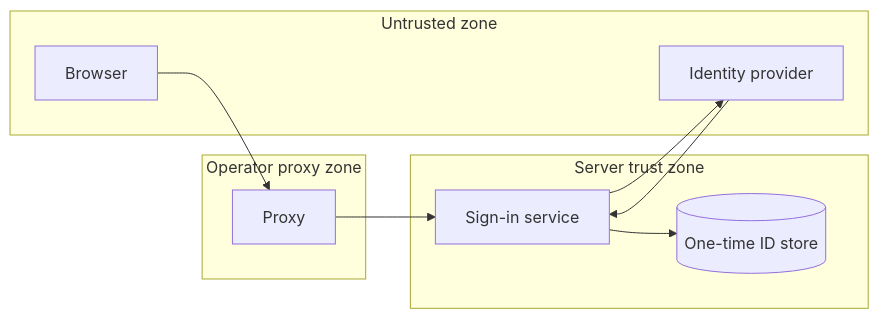
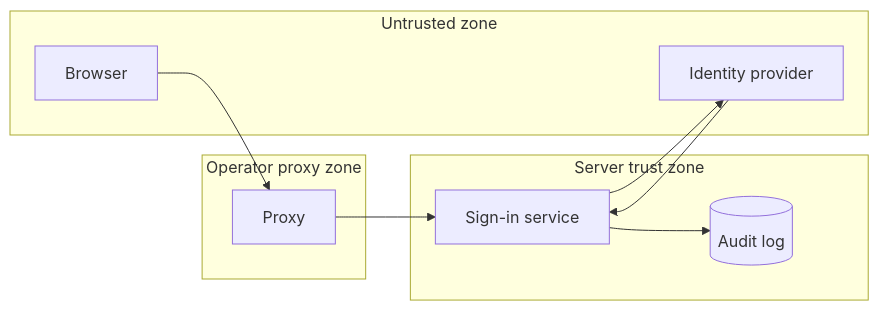
The fourth of 4 diagrams in openspec/changes/sign-in-methods/design.md (OpenDustpan/OpenDustpan), drawn with Mermaid before and after one commit. The commit also changed other lines of this file and 7 other files, not shown here.

````diff
--- a/openspec/changes/sign-in-methods/design.md
+++ b/openspec/changes/sign-in-methods/design.md
@@ -76,19 +106,19 @@
 ```mermaid
 flowchart LR
  subgraph Untrusted[Untrusted zone]
  B[Browser]
  I[Identity provider]
  end
  subgraph Edge[Operator proxy zone]
  P[Proxy]
  end
  subgraph Server[Server trust zone]
  S[Sign-in service]
- D[(One-time ID store)]
+ A[(Audit log)]
  end
  B --> P
  P --> S
- S --> D
+ S --> A
  S --> I
  I --> S
 ```
````
